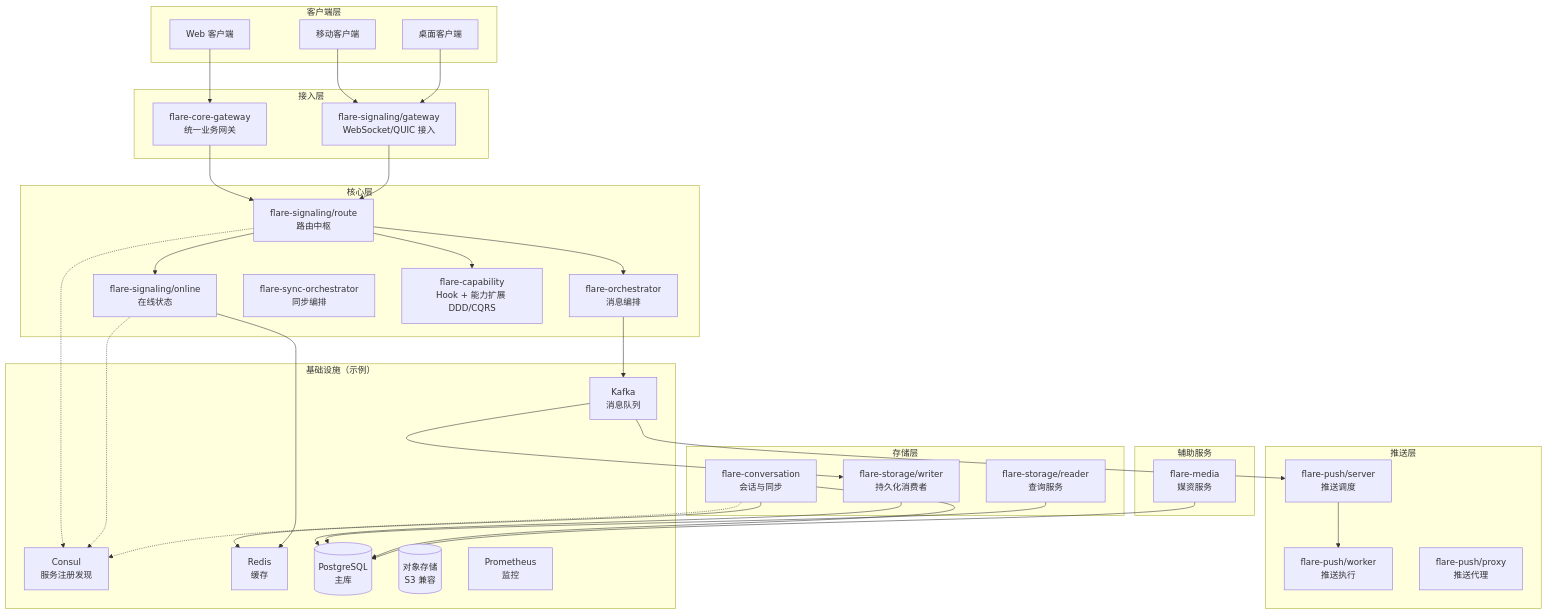
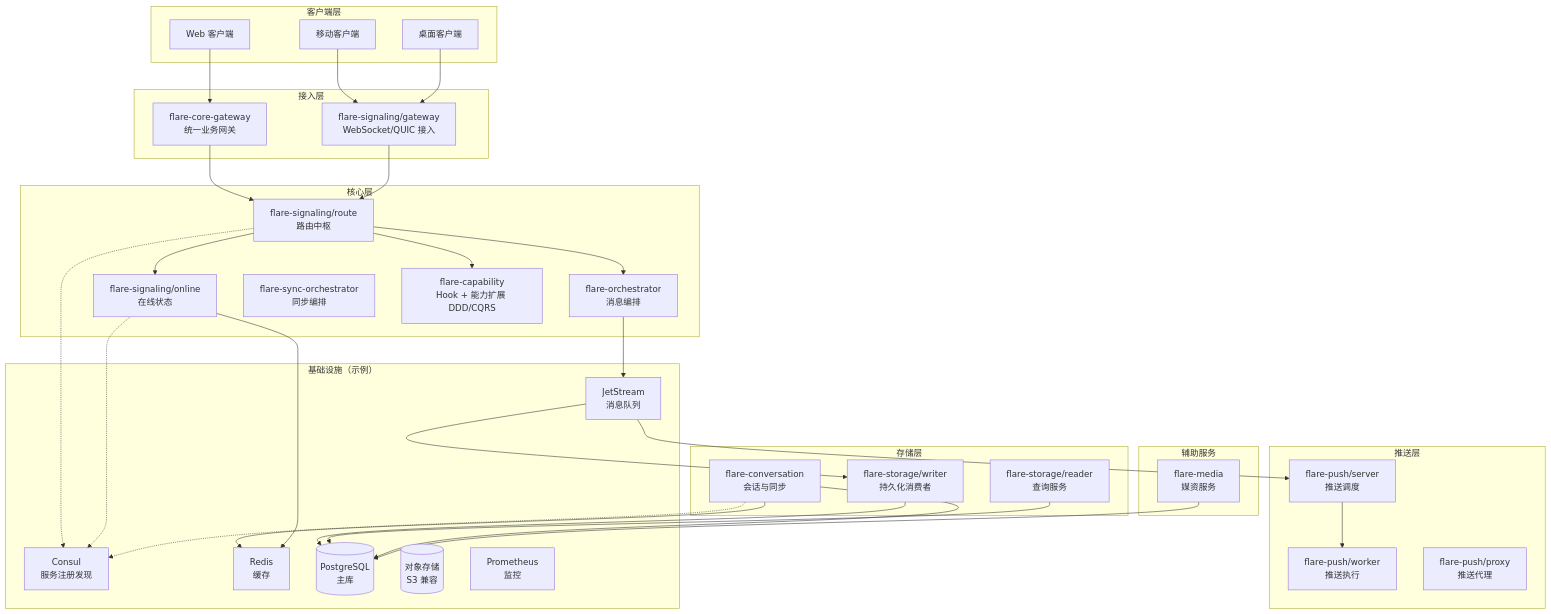
The diagram in README.md (flare-im/flare-im-core-server), drawn with Mermaid before and after one commit. The commit also changed other lines of this file and 336 other files, not shown here.

````diff
--- a/README.md
+++ b/README.md
@@ -34,75 +34,75 @@
 ```mermaid
 graph TB
     subgraph "客户端层"
         Web[Web 客户端]
         Mobile[移动客户端]
         Desktop[桌面客户端]
     end
 
     subgraph "接入层"
         CoreGW[flare-core-gateway<br/>统一业务网关]
         SignalingGW[flare-signaling/gateway<br/>WebSocket/QUIC 接入]
     end
 
     subgraph "核心层"
         Route[flare-signaling/route<br/>路由中枢]
         Online[flare-signaling/online<br/>在线状态]
         Orchestrator[flare-orchestrator<br/>消息编排]
         SyncOrch[flare-sync-orchestrator<br/>同步编排]
         Capability[flare-capability<br/>Hook + 能力扩展 DDD/CQRS]
     end
 
     subgraph "存储层"
         StorageWriter[flare-storage/writer<br/>持久化消费者]
         StorageReader[flare-storage/reader<br/>查询服务]
         Conversation[flare-conversation<br/>会话与同步]
     end
 
     subgraph "推送层"
         PushServer[flare-push/server<br/>推送调度]
         PushWorker[flare-push/worker<br/>推送执行]
         PushProxy[flare-push/proxy<br/>推送代理]
     end
 
     subgraph "辅助服务"
         Media[flare-media<br/>媒资服务]
     end
 
     subgraph "基础设施（示例）"
         Consul[Consul<br/>服务注册发现]
-        Kafka[Kafka<br/>消息队列]
+        JetStream[JetStream<br/>消息队列]
         Redis[Redis<br/>缓存]
         PostgreSQL[(PostgreSQL<br/>主库)]
         MinIO[(对象存储<br/>S3 兼容)]
         Prometheus[Prometheus<br/>监控]
     end
 
     Web --> CoreGW
     Mobile --> SignalingGW
     Desktop --> SignalingGW
 
     CoreGW --> Route
     SignalingGW --> Route
 
     Route --> Online
     Route --> Orchestrator
     Route --> Capability
 
-    Orchestrator --> Kafka
-    Kafka --> StorageWriter
+    Orchestrator --> JetStream
+    JetStream --> StorageWriter
     StorageWriter --> PostgreSQL
     StorageReader --> PostgreSQL
 
-    Kafka --> PushServer
+    JetStream --> PushServer
     PushServer --> PushWorker
 
     Conversation --> Redis
     Conversation --> PostgreSQL
     Online --> Redis
 
     Media --> PostgreSQL
 
     Route -.-> Consul
     Online -.-> Consul
     Conversation -.-> Consul
 ```
````
